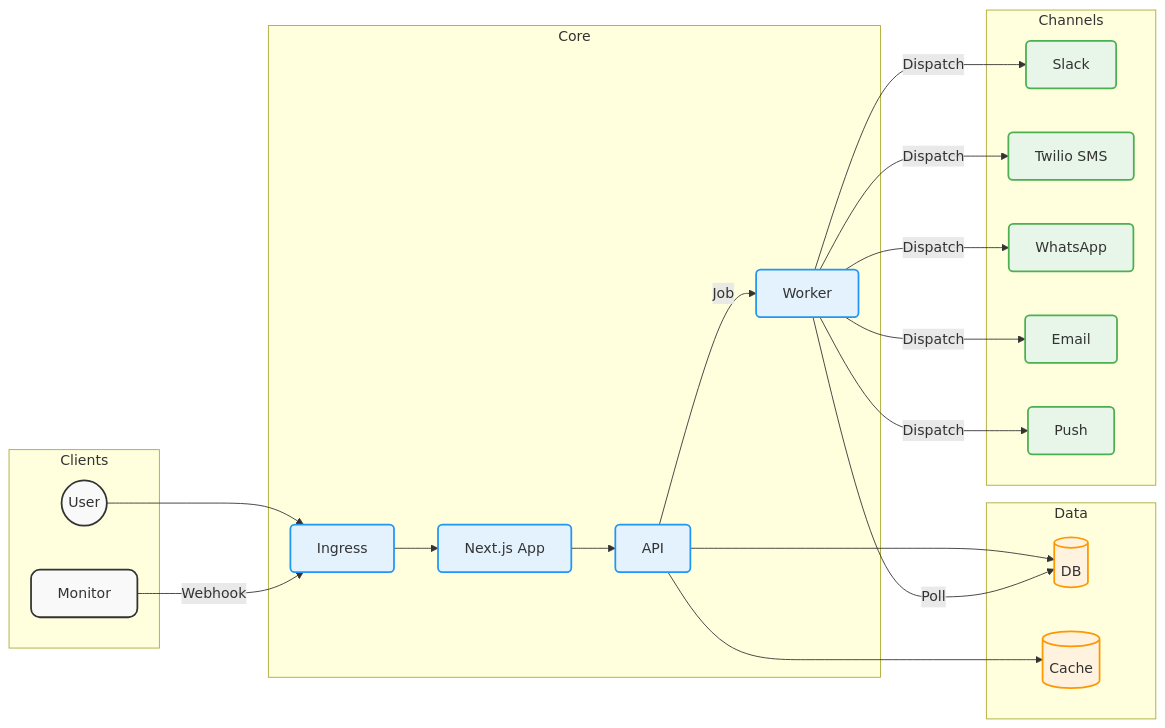
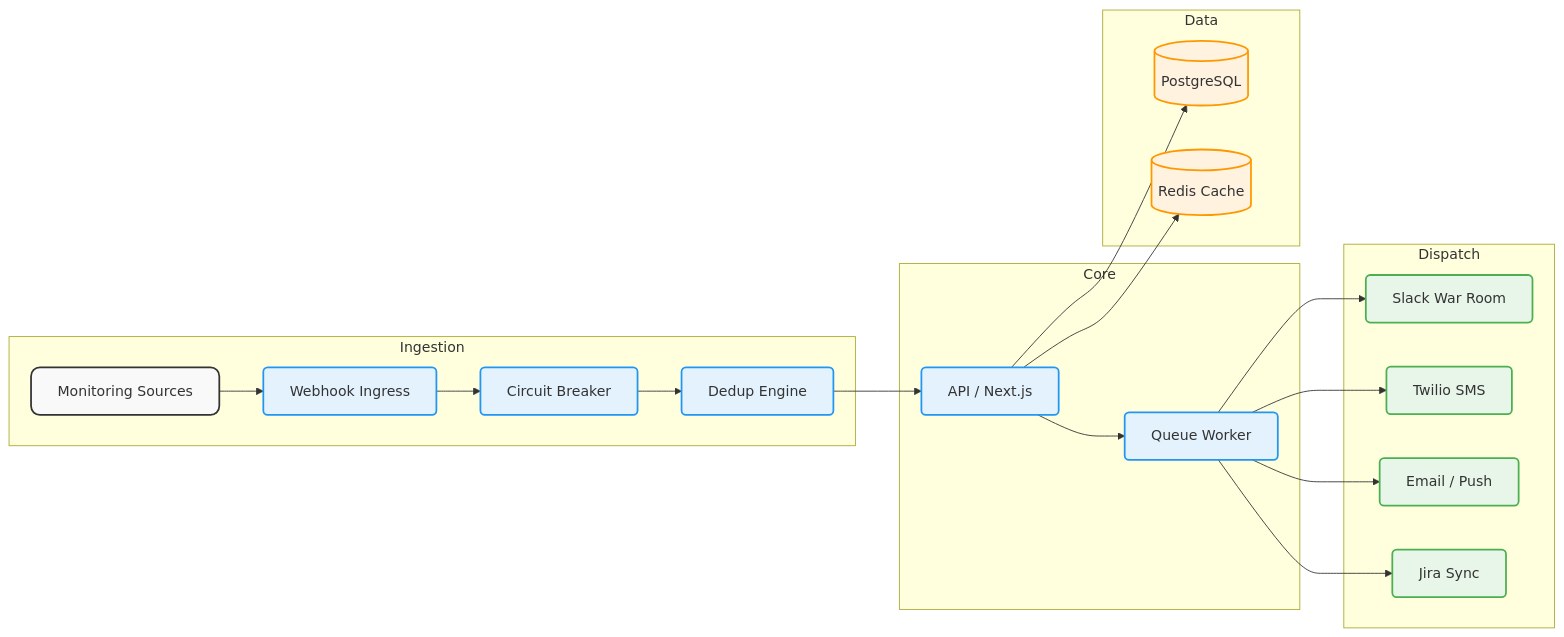
Before and after one commit to Dushyant-rahangdale/OpsKnight: the diagram in docs/website/v1.3/architecture/README.md, drawn with Mermaid. The commit also changed other lines of this file and 9 other files, not shown here.

Commit message:
docs(v1.3): update section README index files with new integrations and architecture guides

````diff
--- a/docs/website/v1.3/architecture/README.md
+++ b/docs/website/v1.3/architecture/README.md
@@ -11,41 +15,37 @@
 ```mermaid
 flowchart LR
     %% Styles
     classDef client fill:#f9f9f9,stroke:#333,stroke-width:2px,rx:10;
     classDef service fill:#e3f2fd,stroke:#2196f3,stroke-width:2px,rx:5;
     classDef db fill:#fff3e0,stroke:#ff9800,stroke-width:2px,rx:5;
     classDef ext fill:#e8f5e9,stroke:#4caf50,stroke-width:2px,rx:5;
 
-    subgraph Clients
-        User((User)):::client
-        Monitor[Monitor]:::client
+    subgraph Ingestion
+        Monitor[Monitoring Sources]:::client
+        Webhook[Webhook Ingress]:::service
+        CB[Circuit Breaker]:::service
+        Dedup[Dedup Engine]:::service
     end
 
     subgraph Core
-        LB[Ingress]:::service
-        NextJS[Next.js App]:::service
-        API[API]:::service
-        Worker[Worker]:::service
+        API[API / Next.js]:::service
+        Worker[Queue Worker]:::service
     end
 
     subgraph Data
-        PG[(DB)]:::db
-        Redis[(Cache)]:::db
+        PG[(PostgreSQL)]:::db
+        Redis[(Redis Cache)]:::db
     end
 
-    subgraph Channels
-        Slack[Slack]:::ext
+    subgraph Dispatch
+        Slack[Slack War Room]:::ext
         SMS[Twilio SMS]:::ext
-        WA[WhatsApp]:::ext
-        Email[Email]:::ext
-        Push[Push]:::ext
+        Email[Email / Push]:::ext
+        Jira[Jira Sync]:::ext
     end
 
-    %% Flows
-    User --> LB --> NextJS --> API
-    Monitor -->|Webhook| LB
+    Monitor --> Webhook --> CB --> Dedup --> API
     API --> PG & Redis
-    API -->|Job| Worker
-    Worker -->|Poll| PG
-    Worker -->|Dispatch| Slack & SMS & WA & Email & Push
+    API --> Worker
+    Worker --> Slack & SMS & Email & Jira
 ```
````
